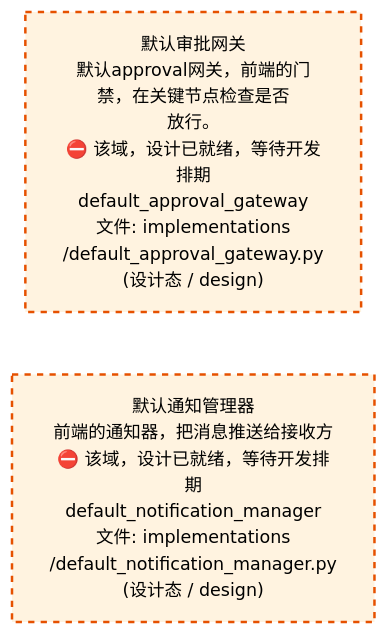
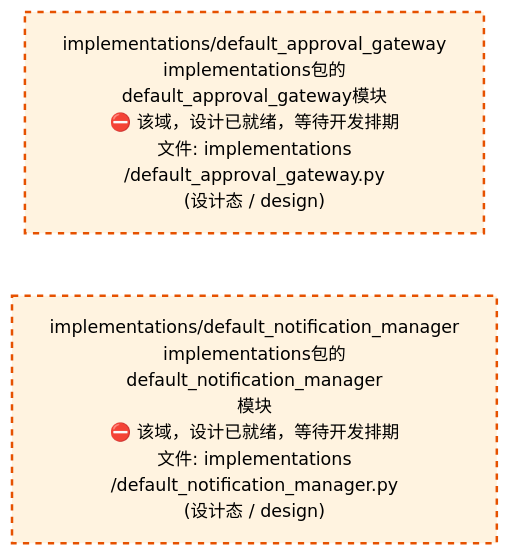
One commit to xuanFelixVan/ZephyrAlpha changed the third of 4 diagrams in docs/02_enterprise_architecture/02_domain_architecture_docs/47_d_frontend.md. Above: the diagram before and after it, drawn with Mermaid. The commit also changed other lines of this file and 58 other files, not shown here.

````diff
--- a/docs/02_enterprise_architecture/02_domain_architecture_docs/47_d_frontend.md
+++ b/docs/02_enterprise_architecture/02_domain_architecture_docs/47_d_frontend.md
@@ -177,12 +177,12 @@
 ```mermaid
 %%{init: {'theme': 'base', 'themeVariables': {'primaryColor': '#eaeaea', 'primaryTextColor': '#333333', 'primaryBorderColor': '#666666', 'lineColor': '#666666', 'secondaryColor': '#eaeaea', 'tertiaryColor': '#eaeaea', 'fontSize': '14px'}}}%%
 flowchart TD
-    src_zephyr_frontend_implementations_default_approval_gateway_py["默认审批网关<br/>默认approval网关，前端的门禁，在关键节点检查是否<br/>放行。<br/>⛔ 该域，设计已就绪，等待开发排期<br/>default_approval_gateway<br/>文件: implementations<br/>/default_approval_gateway.py<br/>(设计态 / design)"]
-    src_zephyr_frontend_implementations_default_notification_manager_py["默认通知管理器<br/>前端的通知器，把消息推送给接收方<br/>⛔ 该域，设计已就绪，等待开发排期<br/>default_notification_manager<br/>文件: implementations<br/>/default_notification_manager.py<br/>(设计态 / design)"]
+    src_zephyr_frontend_implementations_default_approval_gateway_py["implementations/default_approval_gateway<br/>implementations包的default_approval_gateway模块<br/>⛔ 该域，设计已就绪，等待开发排期<br/>文件: implementations<br/>/default_approval_gateway.py<br/>(设计态 / design)"]
+    src_zephyr_frontend_implementations_default_notification_manager_py["implementations/default_notification_manager<br/>implementations包的default_notification_manager<br/>模块<br/>⛔ 该域，设计已就绪，等待开发排期<br/>文件: implementations<br/>/default_notification_manager.py<br/>(设计态 / design)"]
     src_zephyr_frontend_implementations_default_approval_gateway_py ~~~ src_zephyr_frontend_implementations_default_notification_manager_py
     classDef production fill:#e1f5fe,stroke:#01579b,stroke-width:2px,color:#000
     classDef design fill:#fff3e0,stroke:#e65100,stroke-width:2px,color:#000,stroke-dasharray: 5 5
     classDef external_prod fill:#e8f4fd,stroke:#0277bd,stroke-width:1px,color:#000
     classDef external_design fill:#fff8e7,stroke:#ef6c00,stroke-width:1px,color:#000,stroke-dasharray: 5 5
     class src_zephyr_frontend_implementations_default_approval_gateway_py,src_zephyr_frontend_implementations_default_notification_manager_py design
 ```
````
